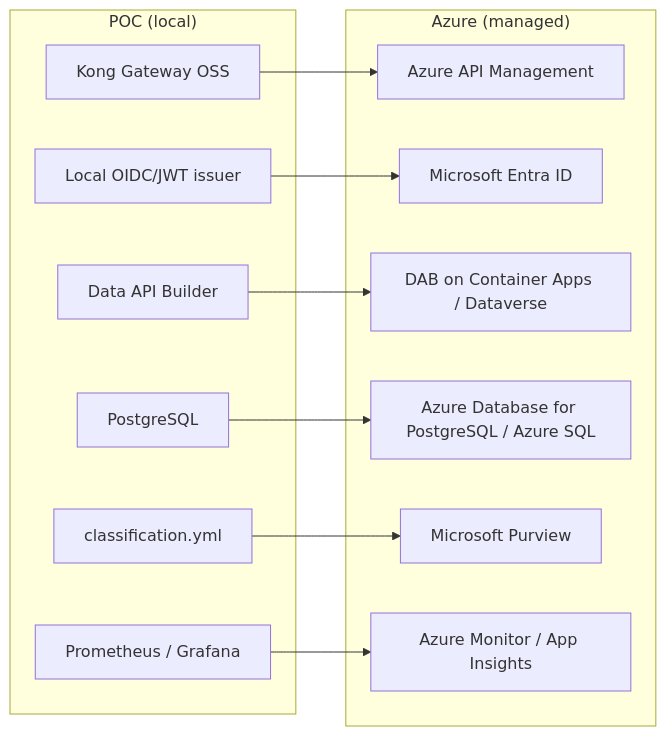
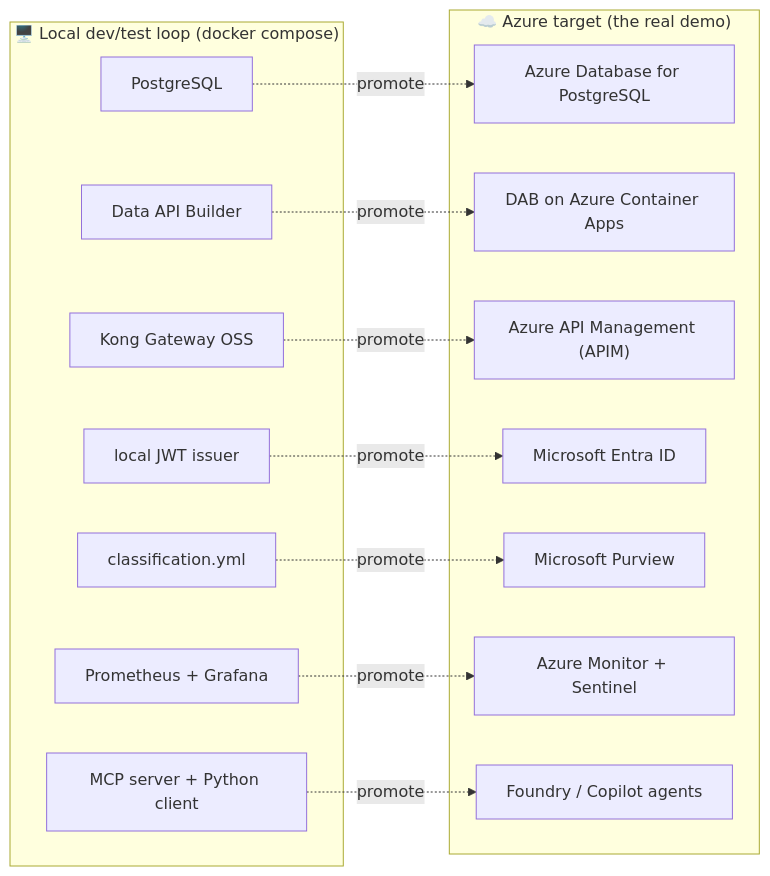
The first of 4 diagrams in docs/AZURE-DEPLOYMENT.md (fgarofalo56/nasa-api-first-poc), drawn with Mermaid before and after one commit. The commit also changed other lines of this file and 40 other files, not shown here.

````diff
--- a/docs/AZURE-DEPLOYMENT.md
+++ b/docs/AZURE-DEPLOYMENT.md
@@ -31,25 +82,28 @@
 ```mermaid
 flowchart LR
-    subgraph POC["POC (local)"]
-        K[Kong Gateway OSS]
-        J[Local OIDC/JWT issuer]
-        D[Data API Builder]
-        P[PostgreSQL]
-        C[classification.yml]
-        M[Prometheus / Grafana]
+    subgraph local["🖥️ Local dev/test loop (docker compose)"]
+        L1["PostgreSQL"]
+        L2["Data API Builder"]
+        L3["Kong Gateway OSS"]
+        L4["local JWT issuer"]
+        L5["classification.yml"]
+        L6["Prometheus + Grafana"]
+        L7["MCP server + Python client"]
     end
-    subgraph AZ["Azure (managed)"]
-        AK[Azure API Management]
-        AJ[Microsoft Entra ID]
-        AD[DAB on Container Apps / Dataverse]
-        AP[Azure Database for PostgreSQL / Azure SQL]
-        AC[Microsoft Purview]
-        AM[Azure Monitor / App Insights]
+    subgraph azure["☁️ Azure target (the real demo)"]
+        A1["Azure Database for PostgreSQL"]
+        A2["DAB on Azure Container Apps"]
+        A3["Azure API Management (APIM)"]
+        A4["Microsoft Entra ID"]
+        A5["Microsoft Purview"]
+        A6["Azure Monitor + Sentinel"]
+        A7["Foundry / Copilot agents"]
     end
-    K --> AK
-    J --> AJ
-    D --> AD
-    P --> AP
-    C --> AC
-    M --> AM
+    L1 -.promote.-> A1
+    L2 -.promote.-> A2
+    L3 -.promote.-> A3
+    L4 -.promote.-> A4
+    L5 -.promote.-> A5
+    L6 -.promote.-> A6
+    L7 -.promote.-> A7
 ```
````
